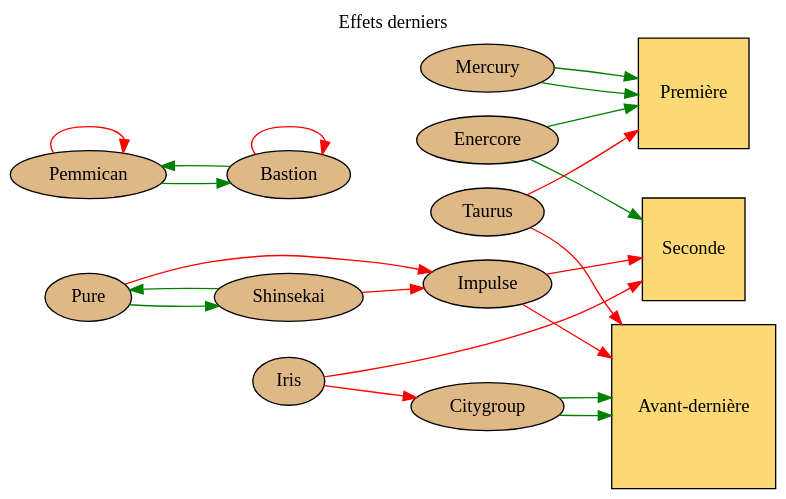
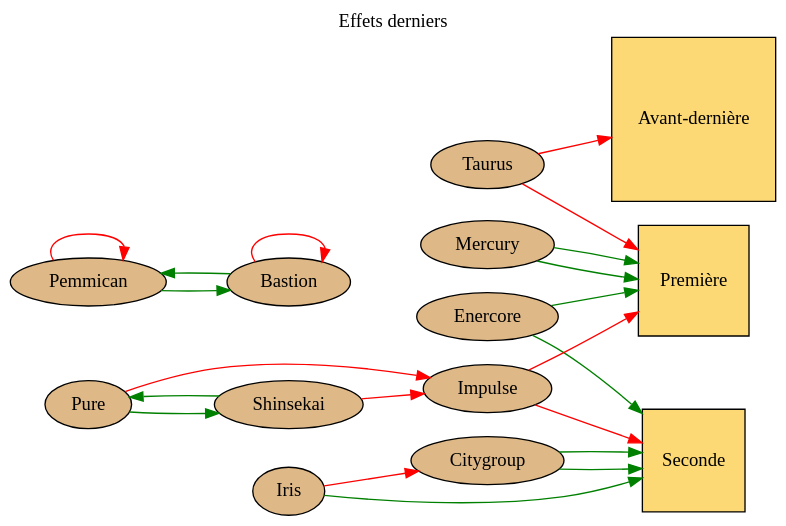
One commit to Neamar/corporate changed the diagram in data/cities/detroit/graphviz/last.dot. Above: the diagram before and after it, drawn with Graphviz. The commit also changed 3 other files, not shown here.

```diff
--- a/data/cities/detroit/graphviz/last.dot
+++ b/data/cities/detroit/graphviz/last.dot
@@ -1,55 +1,55 @@
 # dot -T svg data/cities/detroit/graphviz/last.dot > website/static/graphviz/detroit/last.svg
 digraph g{
 	graph [
 		rankdir = "LR"
 		bgcolor=transparent
 	];
 	// title
 	labelloc="t";
 	label="Effets derniers";
 
 	premier [shape=square, fillcolor="#FCD975", style="filled", label="Première"];
 	second [shape=square, fillcolor="#FCD975", style="filled", label="Seconde"];
 	avantdernier [shape=square, fillcolor="#FCD975", style="filled", label="Avant-dernière"];
 
 	pemmican [shape=ellipse, fillcolor="burlywood", style="filled", label="Pemmican"];
 	bastion [shape=ellipse, fillcolor="burlywood", style="filled", label="Bastion"];
 	citygroup [shape=ellipse, fillcolor="burlywood", style="filled", label="Citygroup"];
 	enercore [shape=ellipse, fillcolor="burlywood", style="filled", label="Enercore"];
 	iris [shape=ellipse, fillcolor="burlywood",style="filled", label="Iris"];
 	mercury [shape=ellipse, fillcolor="burlywood", style="filled", label="Mercury"];
 	pure [shape=ellipse, fillcolor="burlywood", style="filled", label="Pure"];
 	impulse [shape=ellipse, fillcolor="burlywood", style="filled", label="Impulse"];
 	shinsekai [shape=ellipse, fillcolor="burlywood", style="filled", label="Shinsekai"];
 	taurus [shape=ellipse, fillcolor="burlywood", style="filled", label="Taurus"];
 
 	taurus -> premier [color="red"];
 	taurus -> avantdernier [color="red"];
 
 	bastion -> pemmican [color="green"];
 	bastion -> bastion [color="red"];
 
 	pemmican -> pemmican [color="red"];
 	pemmican -> bastion [color="green"];
 
-	citygroup-> avantdernier [color="green"];
-	citygroup-> avantdernier [color="green"];
+	citygroup-> second [color="green"];
+	citygroup-> second [color="green"];
 
 	enercore -> premier [color="green"];
 	enercore -> second [color="green"];
 
 	shinsekai -> pure [color="green"];
 	shinsekai -> impulse [color="red"];
 
-	impulse -> avantdernier [color="red"];
+	impulse -> premier [color="red"];
 	impulse -> second [color="red"];
 
 	pure -> shinsekai [color="green"];
 	pure -> impulse [color="red"];
 
 	mercury -> premier [color="green"];
 	mercury -> premier [color="green"];
 
 	iris -> citygroup [color="red"];
-	iris -> second [color="red"];
+	iris -> second [color="green"];
 }
```
